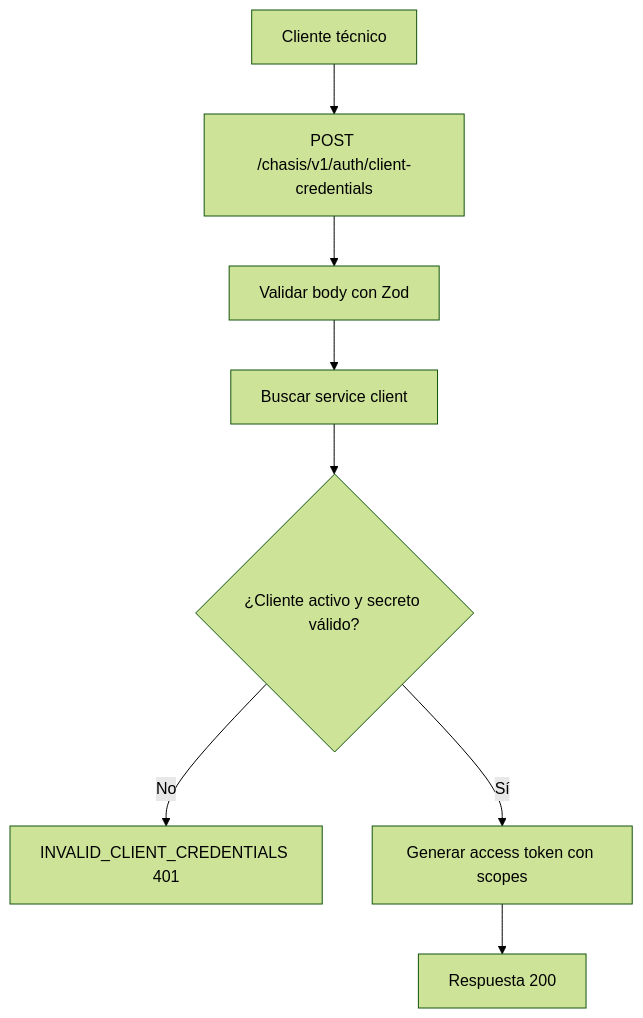
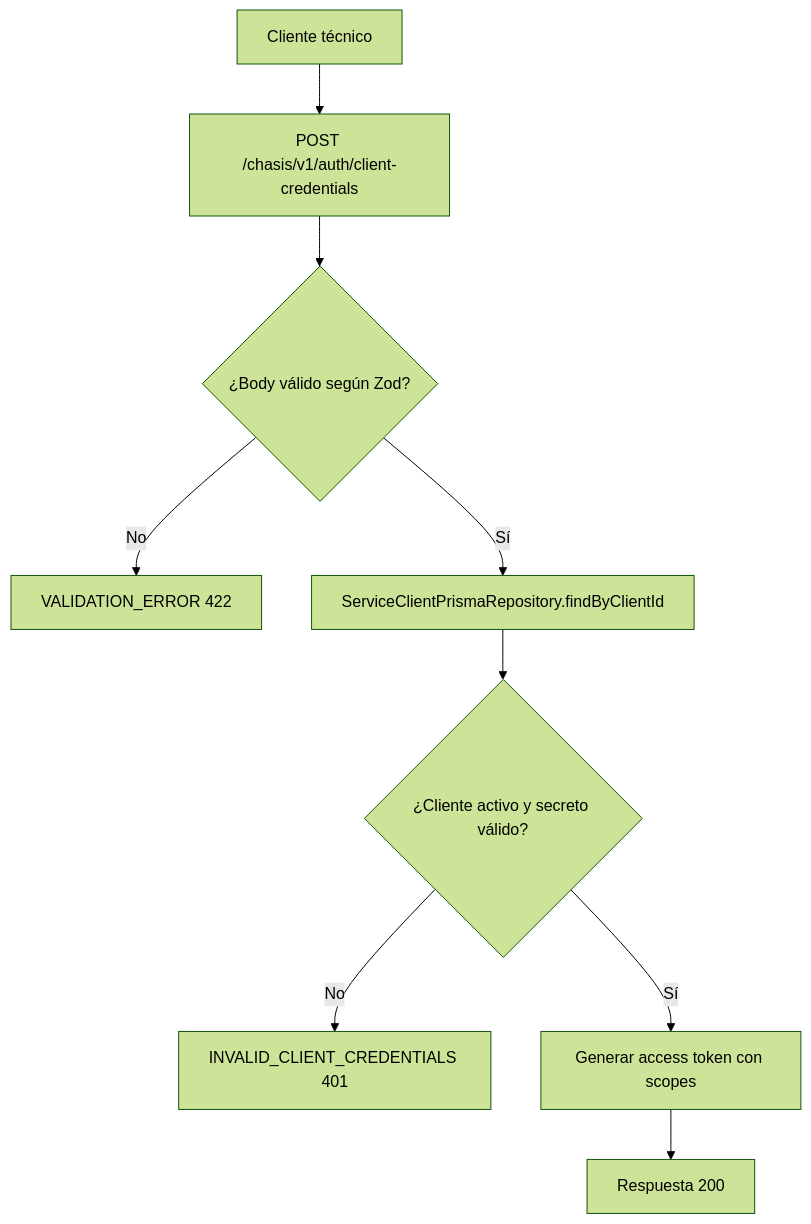
Before and after one commit to jac2206/chasis-express-ts: the diagram in docs/use-case/client-credentials.md, drawn with Mermaid (forest theme). The commit also changed 25 other files, not shown here.

````diff
--- a/docs/use-case/client-credentials.md
+++ b/docs/use-case/client-credentials.md
@@ -71,10 +71,11 @@
 ```mermaid
 flowchart TD
     A[Cliente técnico] --> B[POST /chasis/v1/auth/client-credentials]
-    B --> C[Validar body con Zod]
-    C --> D[Buscar service client]
+    B --> C{¿Body válido según Zod?}
+    C -- No --> V[VALIDATION_ERROR 422]
+    C -- Sí --> D[ServiceClientPrismaRepository.findByClientId]
     D --> E{¿Cliente activo y secreto válido?}
     E -- No --> F[INVALID_CLIENT_CREDENTIALS 401]
     E -- Sí --> G[Generar access token con scopes]
     G --> H[Respuesta 200]
 ```
````
